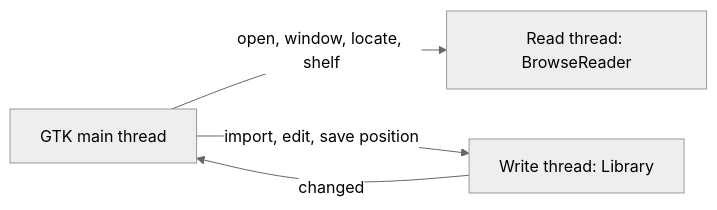
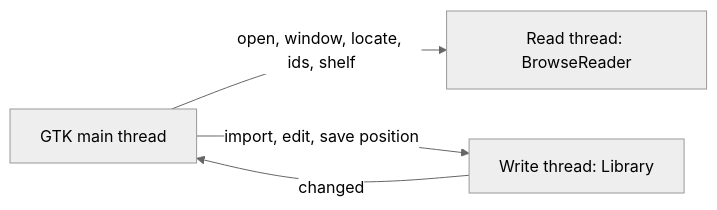
The second of 2 diagrams in docs/design/library-browsing.md (endqwerty/ebook-manager), drawn with Mermaid (neutral theme) before and after one commit. The commit also changed other lines of this file and 3 other files, not shown here.

Commit message:
Deduplicate targets, handle export close-request, and document BrowseReader::ids

````diff
--- a/docs/design/library-browsing.md
+++ b/docs/design/library-browsing.md
@@ -433,6 +439,6 @@
 ```mermaid
 flowchart LR
-    UI[GTK main thread] -- open, window, locate, shelf --> RT[Read thread: BrowseReader]
+    UI[GTK main thread] -- open, window, locate, ids, shelf --> RT[Read thread: BrowseReader]
     UI -- import, edit, save position --> WT[Write thread: Library]
     WT -- changed --> UI
 ```
````
